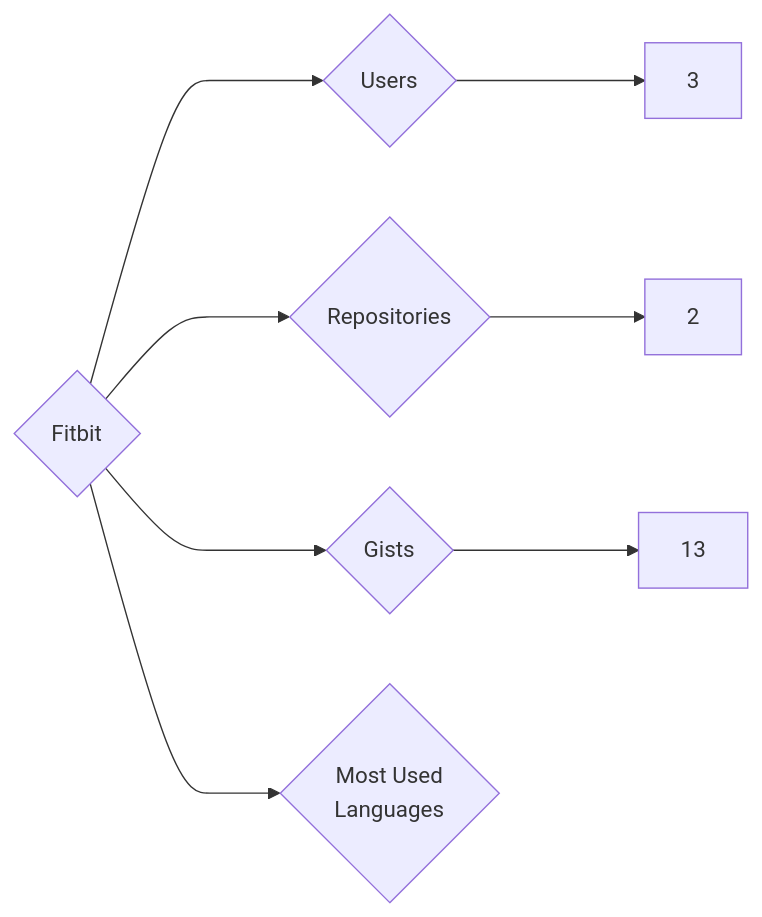
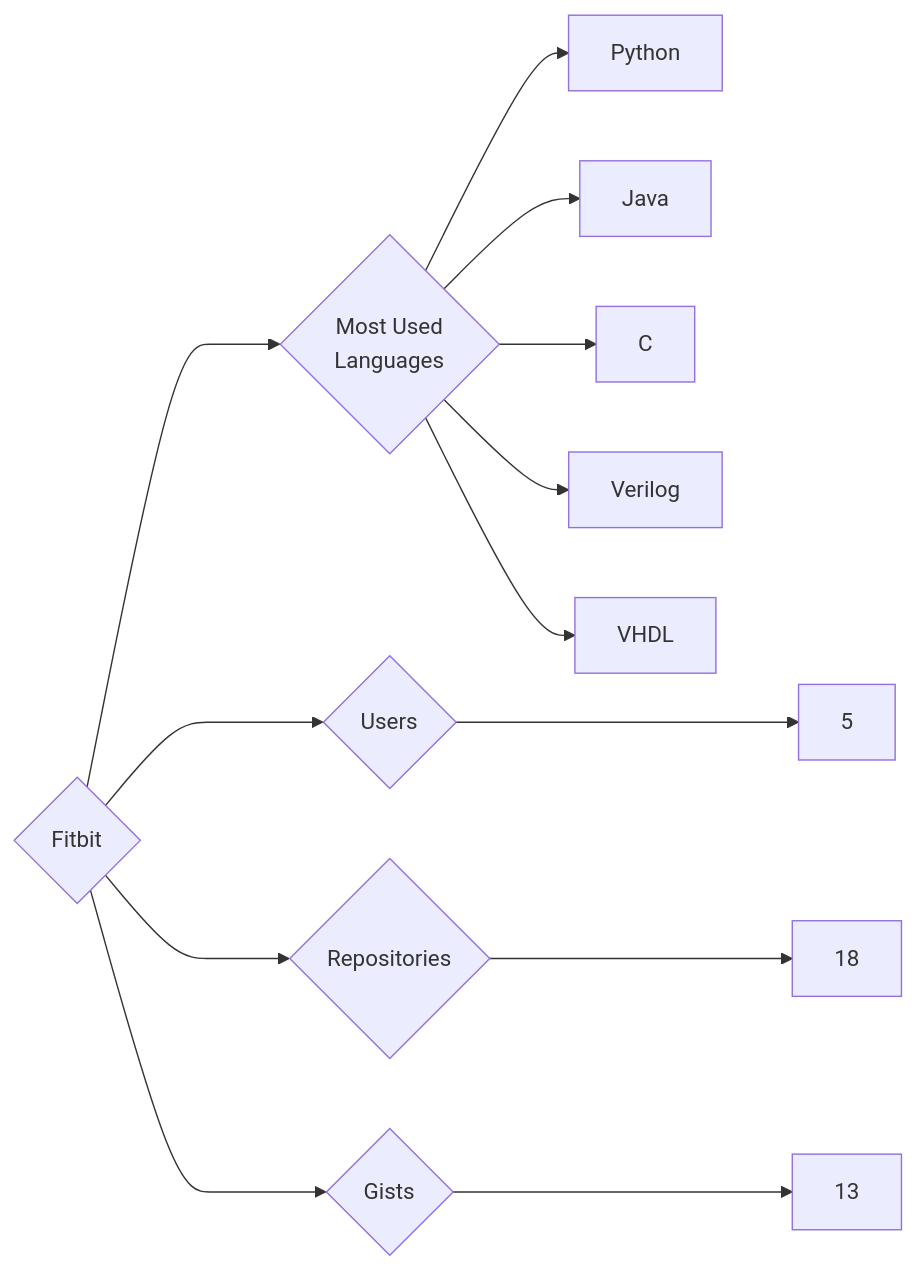
One commit to trickest/insiders changed the diagram in targets/Fitbit/README.md. Above: the diagram before and after it, drawn with Mermaid. The commit also changed 611 other files, not shown here.

````diff
--- a/targets/Fitbit/README.md
+++ b/targets/Fitbit/README.md
@@ -3,8 +3,13 @@
 ```mermaid
 graph LR
 COMPANY_NAME{Fitbit}
-COMPANY_NAME ---> U{Users} ---> UN[3]
-COMPANY_NAME ---> R{Repositories} ---> RN[2]
+COMPANY_NAME ---> U{Users} ---> UN[5]
+COMPANY_NAME ---> R{Repositories} ---> RN[18]
 COMPANY_NAME ---> G{Gists} ---> GN[13]
 COMPANY_NAME ---> ML{Most Used<br>Languages}
+ML --> Python[Python]
+ML --> Java[Java]
+ML --> C[C]
+ML --> Verilog[Verilog]
+ML --> VHDL[VHDL]
 ```
````
